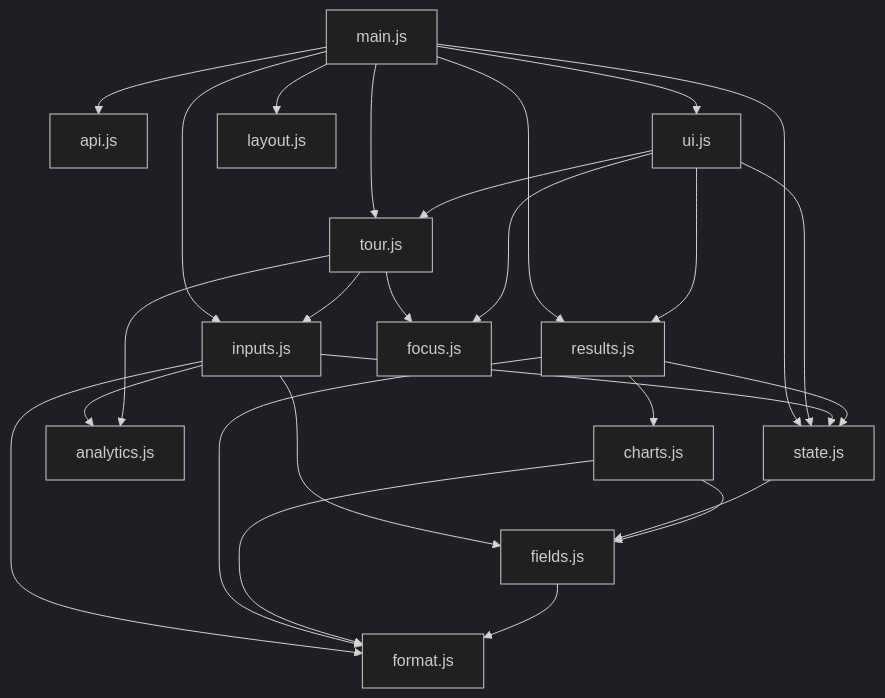
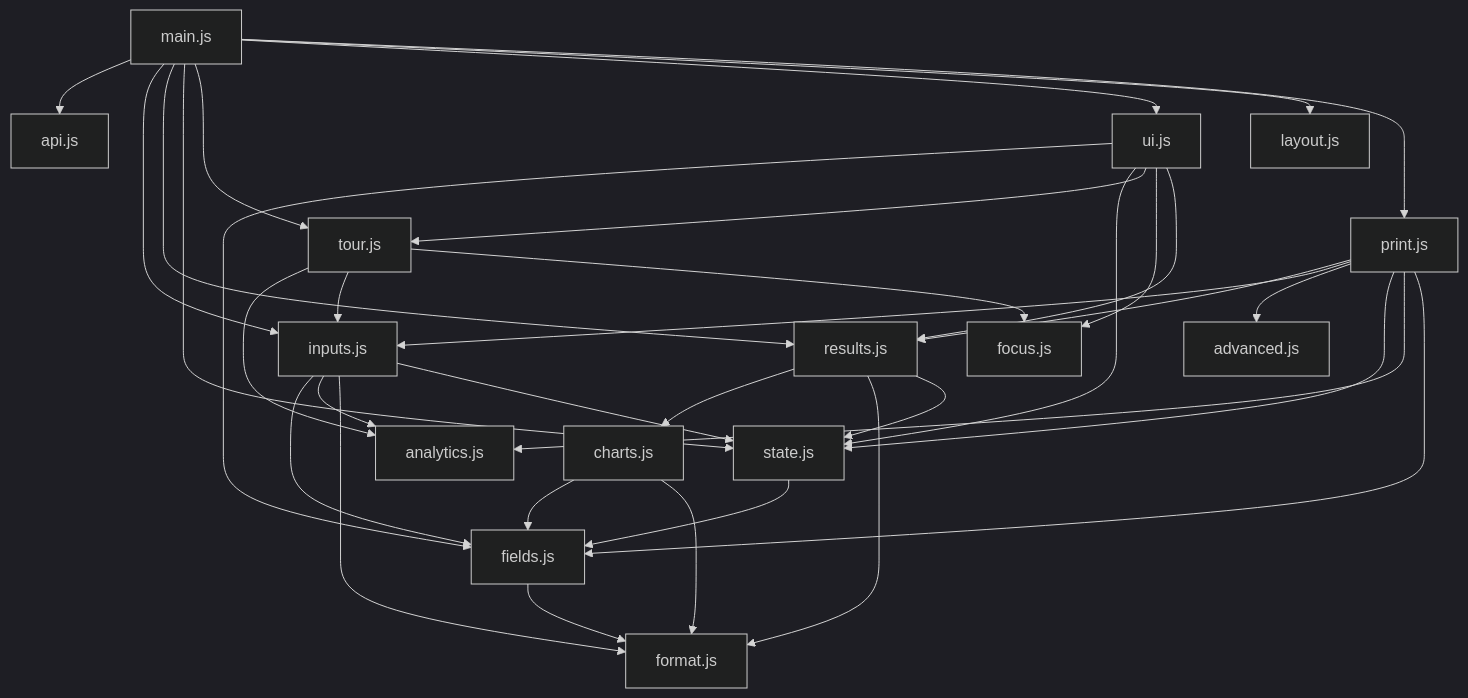
One commit to palsagar/rent-vs-buy-simulator changed the diagram in docs/architecture.md. Above: the diagram before and after it, drawn with Mermaid (dark theme). The commit also changed other lines of this file and 34 other files, not shown here.

Commit message:
feat: show when results are updating, retry failed runs, and polish shared links, charts, print and accessibility (#67)

````diff
--- a/docs/architecture.md
+++ b/docs/architecture.md
@@ -21,28 +21,36 @@
 ```mermaid
 graph TD
     main["main.js"] --> api["api.js"]
     main --> inputs["inputs.js"]
     main --> results["results.js"]
     main --> state["state.js"]
     main --> tour["tour.js"]
     main --> ui["ui.js"]
     main --> layout["layout.js"]
+    main --> print["print.js"]
+    print --> results
+    print --> inputs
+    print --> advanced["advanced.js"]
+    print --> state
+    print --> analytics
+    print --> fields
+    ui --> fields
     ui --> state
     inputs --> fields["fields.js"]
     inputs --> analytics["analytics.js"]
     inputs --> format["format.js"]
     inputs --> state
     state --> fields
     tour --> analytics
     tour --> inputs
     tour --> focus["focus.js"]
     ui --> tour
     ui --> focus
     results --> charts["charts.js"]
     results --> format
     results --> state
     ui --> results
     charts --> fields
     charts --> format
     fields --> format
 ```
````
